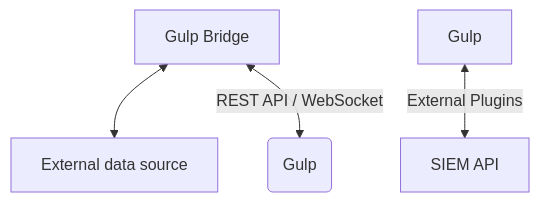
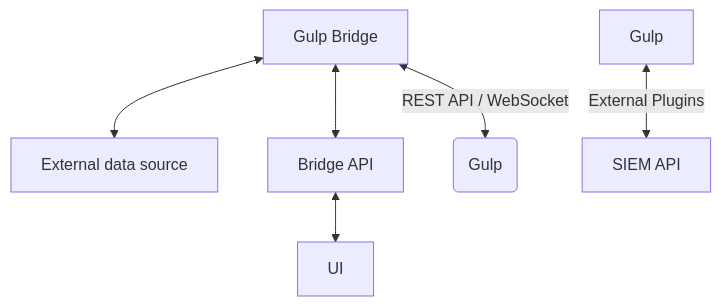
One commit to mentat-is/gulp changed the second of 2 diagrams in DATASHEET.md. Above: the diagram before and after it, drawn with Mermaid. The commit also changed other lines of this file and 2 other files, not shown here.

Commit message:
docs: better description of gulp bridges

````diff
--- a/DATASHEET.md
+++ b/DATASHEET.md
@@ -103,7 +108,8 @@
 ```mermaid
 graph TD
-    A[Gulp Bridge] <--> D 
+    A[Gulp Bridge] <--> D[External data source]
+    A<--> E[Bridge API]
+    E<-->F[UI]
     A <-- REST API / WebSocket --> B(Gulp)
-    Gulp -- External Plugins <--> C[SIEM API]
-    D[External data source]
+    Gulp -- External Plugins <--> C[SIEM API]   
 ```
````
